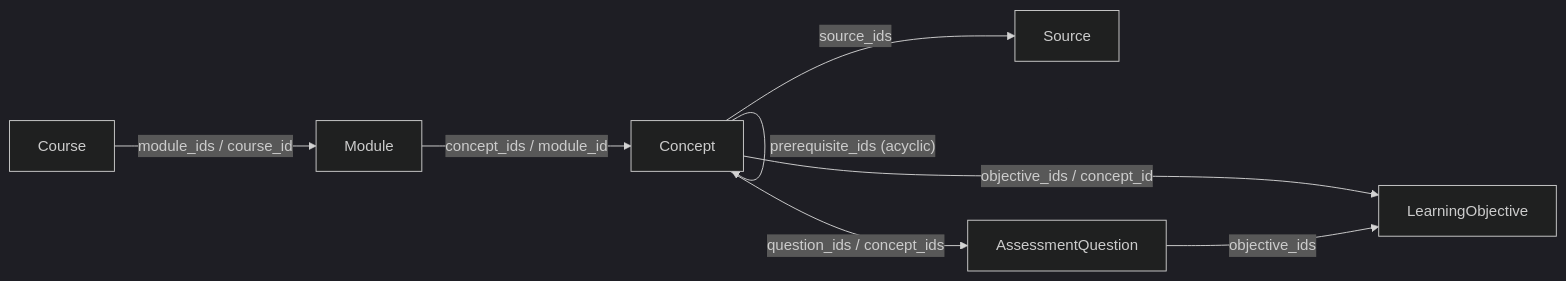
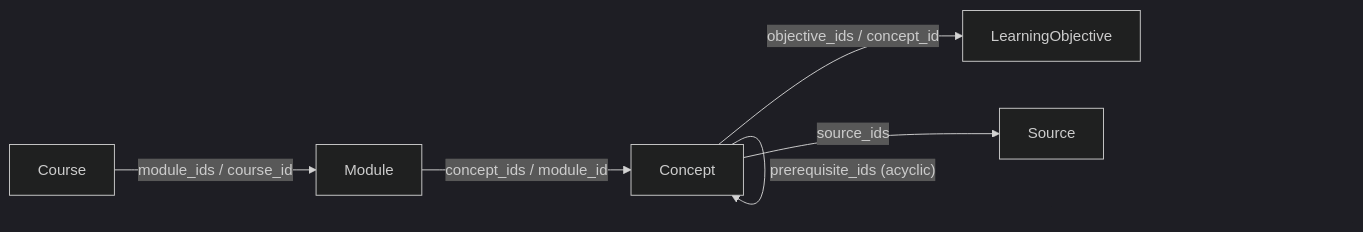
One commit to digital-professor-lab/digital-professor changed the first of 2 diagrams in specs/course-context.md. Above: the diagram before and after it, drawn with Mermaid (dark theme). The commit also changed other lines of this file and 25 other files, not shown here.

````diff
--- a/specs/course-context.md
+++ b/specs/course-context.md
@@ -40,10 +41,8 @@
 ```mermaid
 flowchart LR
     Course -- "module_ids / course_id" --> Module
     Module -- "concept_ids / module_id" --> Concept
     Concept -- "prerequisite_ids (acyclic)" --> Concept
     Concept -- "objective_ids / concept_id" --> LearningObjective
     Concept -- "source_ids" --> Source
-    Concept -- "question_ids / concept_ids" --> AssessmentQuestion
-    AssessmentQuestion -- "objective_ids" --> LearningObjective
 ```
````
